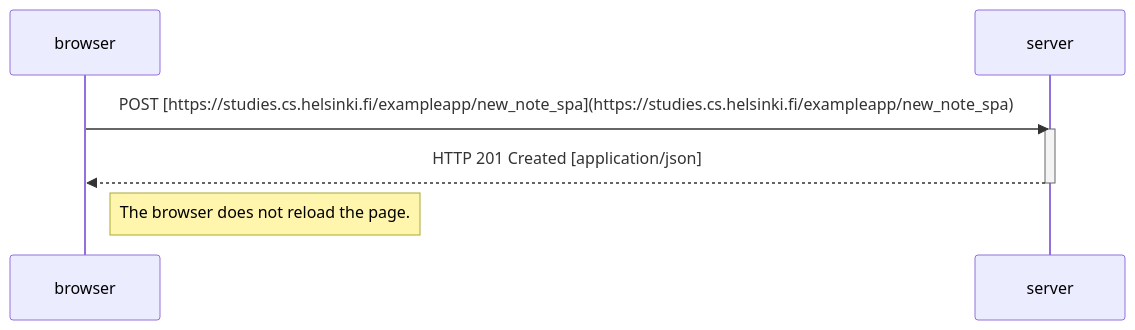
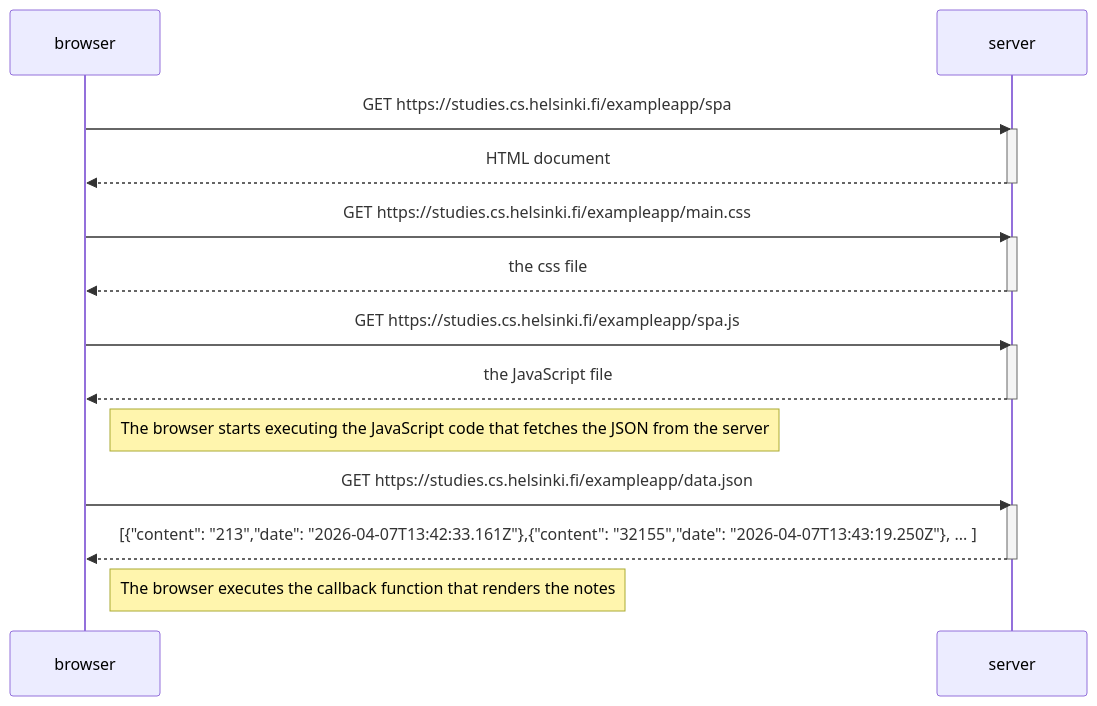
One commit to aungmyatmoe2021/fullstackopen changed the diagram in part0/05_SinglePageAppDiagram.md. Above: the diagram before and after it, drawn with Mermaid.

Commit message:
commit 0.5: Single page app diagram

````diff
--- a/part0/05_SinglePageAppDiagram.md
+++ b/part0/05_SinglePageAppDiagram.md
@@ -1,12 +1,29 @@
 ```mermaid
 sequenceDiagram
     participant browser
     participant server
 
-    browser->>server: POST [https://studies.cs.helsinki.fi/exampleapp/new_note_spa](https://studies.cs.helsinki.fi/exampleapp/new_note_spa)
+    browser->>server: GET https://studies.cs.helsinki.fi/exampleapp/spa
     activate server
-    server-->>browser: HTTP 201 Created [application/json]
+    server-->>browser: HTML document
     deactivate server
-    
-    Note right of browser: The browser does not reload the page.
+
+    browser->>server: GET https://studies.cs.helsinki.fi/exampleapp/main.css
+    activate server
+    server-->>browser: the css file
+    deactivate server
+
+    browser->>server: GET https://studies.cs.helsinki.fi/exampleapp/spa.js
+    activate server
+    server-->>browser: the JavaScript file
+    deactivate server
+
+    Note right of browser: The browser starts executing the JavaScript code that fetches the JSON from the server
+
+    browser->>server: GET https://studies.cs.helsinki.fi/exampleapp/data.json
+    activate server
+    server-->>browser: [{"content": "213","date": "2026-04-07T13:42:33.161Z"},{"content": "32155","date": "2026-04-07T13:43:19.250Z"}, ... ]
+    deactivate server
+
+    Note right of browser: The browser executes the callback function that renders the notes
 ```
````
